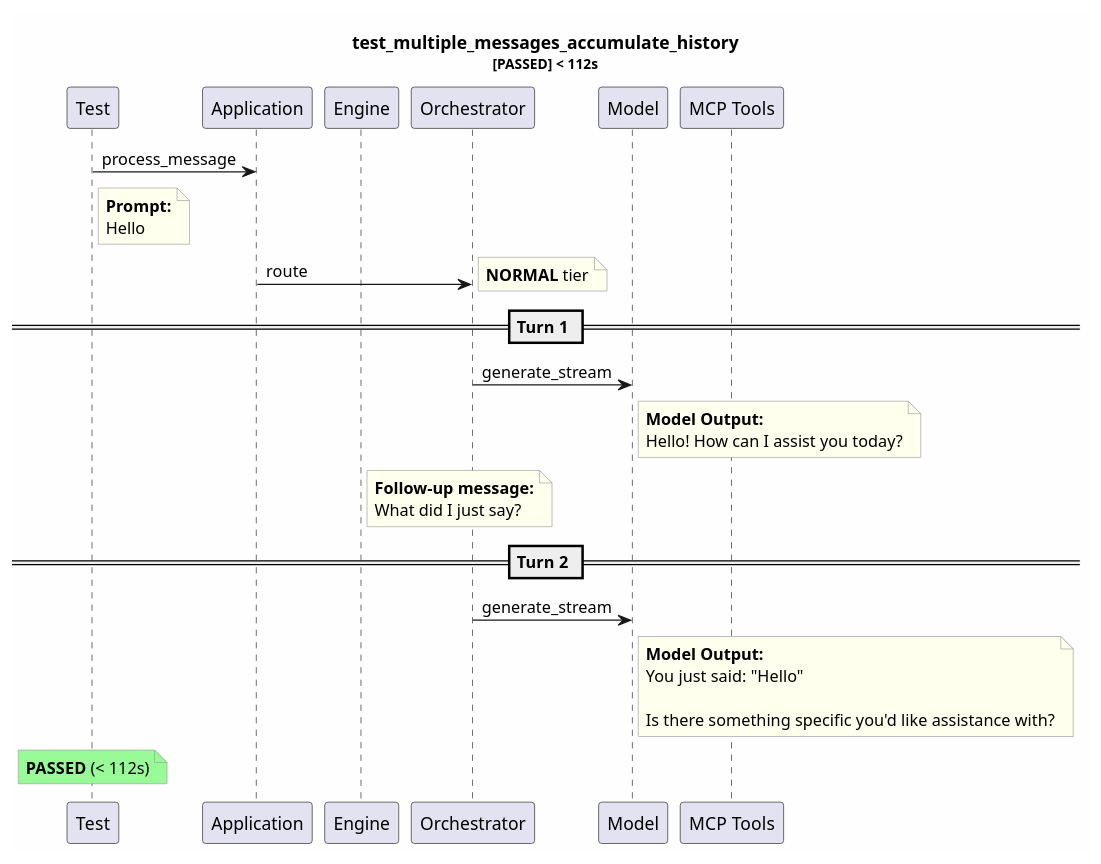
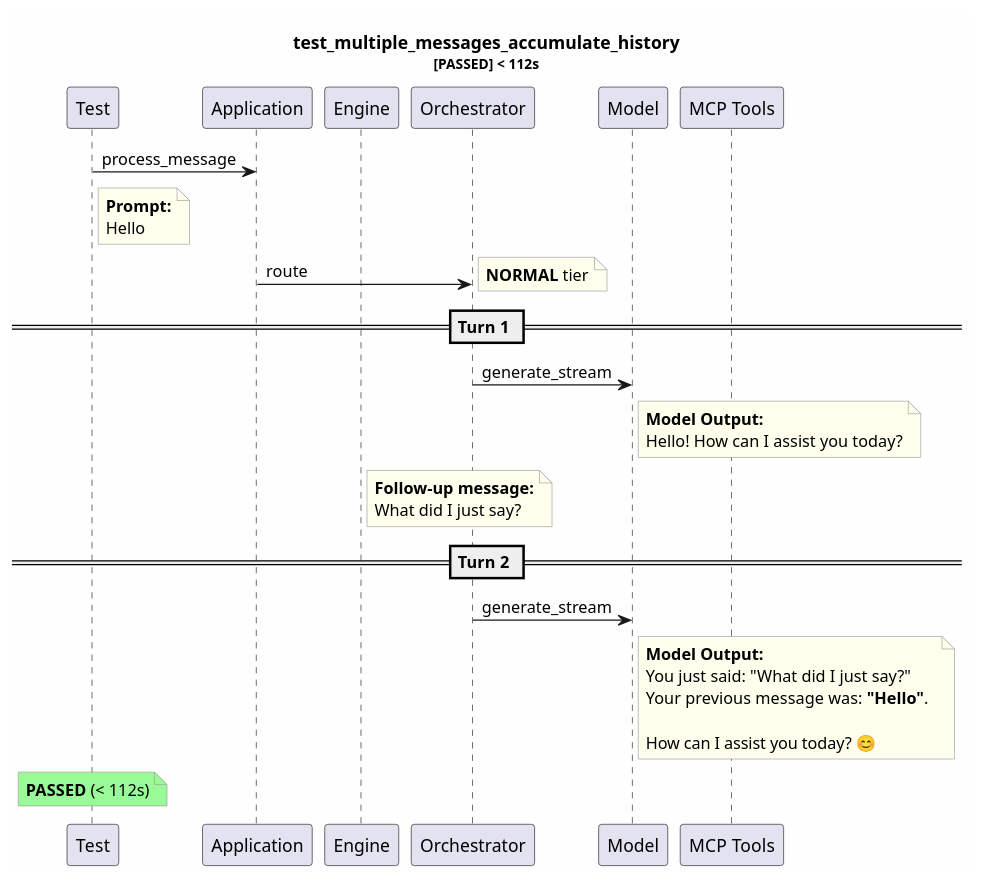
The diagram in test-reports/logs/test_multiple_messages_accumulate_history/test_multiple_messages_accumulate_history.puml (tvanfossen/entropic), drawn with PlantUML before and after one commit. The commit also changed 30 other files, not shown here.

```diff
--- a/test-reports/logs/test_multiple_messages_accumulate_history/test_multiple_messages_accumulate_history.puml
+++ b/test-reports/logs/test_multiple_messages_accumulate_history/test_multiple_messages_accumulate_history.puml
@@ -1,43 +1,44 @@
 @startuml
 skinparam backgroundColor #FEFEFE
 skinparam noteBorderColor #999999
 skinparam noteBackgroundColor #FFFFEE
 title test_multiple_messages_accumulate_history\n<size:11>[PASSED] < 112s</size>
 
 participant "Test" as T
 participant "Application" as App
 participant "Engine" as Eng
 participant "Orchestrator" as Orch
 participant "Model" as Mdl
 participant "MCP Tools" as MCP
 
 T -> App: process_message
 note right of T
   **Prompt:**
   Hello
 end note
 App -> Orch: route
 note right: **NORMAL** tier
 == Turn 1 ==
 Orch -> Mdl: generate_stream
 note right of Mdl
   **Model Output:**
   Hello! How can I assist you today?
 end note
 note right of Eng
   **Follow-up message:**
   What did I just say?
 end note
 == Turn 2 ==
 Orch -> Mdl: generate_stream
 note right of Mdl
   **Model Output:**
-  You just said: "Hello"
+  You just said: "What did I just say?"  
+  Your previous message was: **"Hello"**.  
   
-  Is there something specific you'd like assistance with?
+  How can I assist you today? 😊
 end note
 note over T #palegreen
   **PASSED** (< 112s)
 end note
 
 @enduml
```
